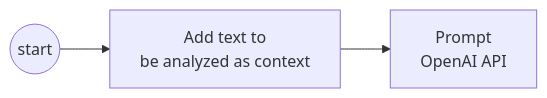
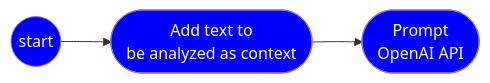
Before and after one commit to msalemor/llm-use-cases: the first of 5 diagrams in README.md, drawn with Mermaid.

````diff
--- a/README.md
+++ b/README.md
@@ -13,5 +13,7 @@
 ```mermaid
 flowchart LR
-  A((start))-->B[Add text to<br/>be analyzed as context]
-  B-->O[Prompt<br/>OpenAI API]
+  A((start))-->B([Add text to<br/>be analyzed as context])
+  B-->O([Prompt<br/>OpenAI API])
+  classDef blue fill:blue,color:#fefefe
+  class A,B,O blue
 ```
````
